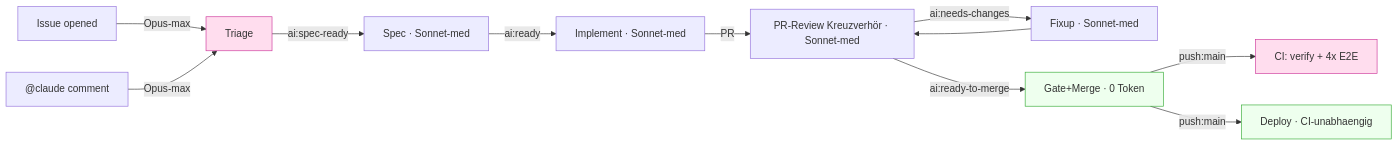
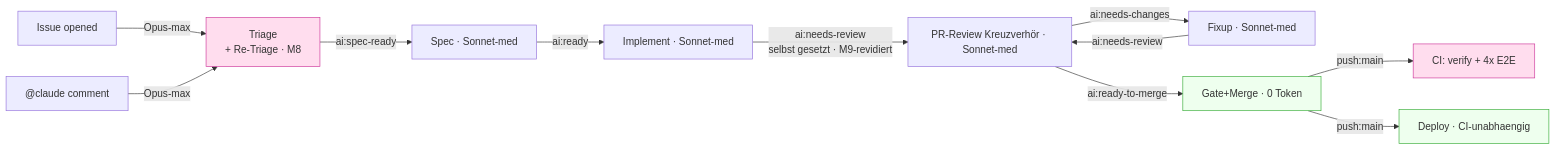
The diagram in .ai-knowledge/workflow-optimization-plan.md (deleonio/priority-pilot), drawn with Mermaid before and after one commit. The commit also changed other lines of this file and 5 other files, not shown here.

Commit message:
fix(pipeline): revert M9, implement sets ai:needs-review itself

````diff
--- a/.ai-knowledge/workflow-optimization-plan.md
+++ b/.ai-knowledge/workflow-optimization-plan.md
@@ -23,18 +23,18 @@
 ```mermaid
 flowchart LR
-    I[Issue opened] -->|Opus-max| T[Triage]
+    I[Issue opened] -->|Opus-max| T[Triage<br/>+ Re-Triage · M8]
+    C["@claude comment"] -->|Opus-max| T
     T -->|ai:spec-ready| S[Spec · Sonnet-med]
     S -->|ai:ready| IM[Implement · Sonnet-med]
-    IM -->|PR| R[PR-Review Kreuzverhör · Sonnet-med]
+    IM -->|ai:needs-review<br/>selbst gesetzt · M9-revidiert| R[PR-Review Kreuzverhör · Sonnet-med]
     R -->|ai:needs-changes| F[Fixup · Sonnet-med]
-    F --> R
+    F -->|ai:needs-review| R
     R -->|ai:ready-to-merge| G[Gate+Merge · 0 Token]
     G -->|push:main| CI[CI: verify + 4x E2E]
     G -->|push:main| D[Deploy · CI-unabhaengig]
-    C["@claude comment"] -->|Opus-max| T
 
     classDef hot fill:#fde,stroke:#c39
     classDef free fill:#efe,stroke:#3a3
     class T,CI hot
     class G,D free
 ```
````
